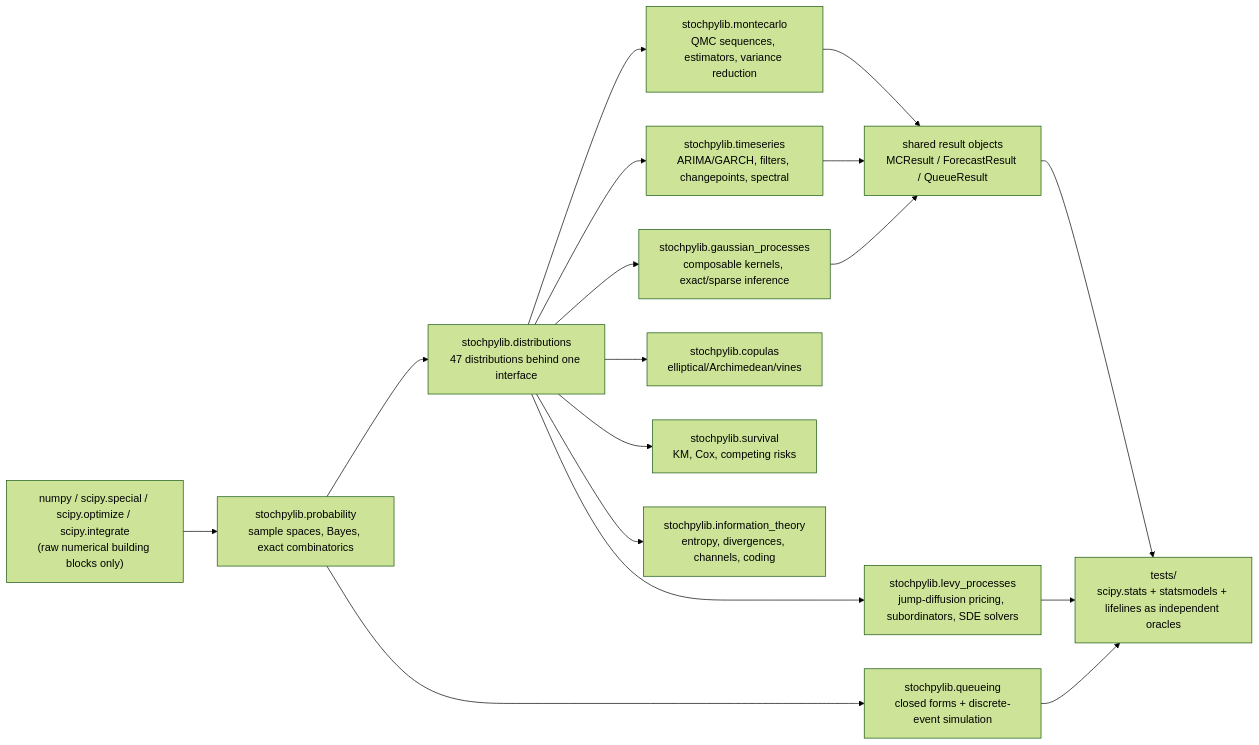
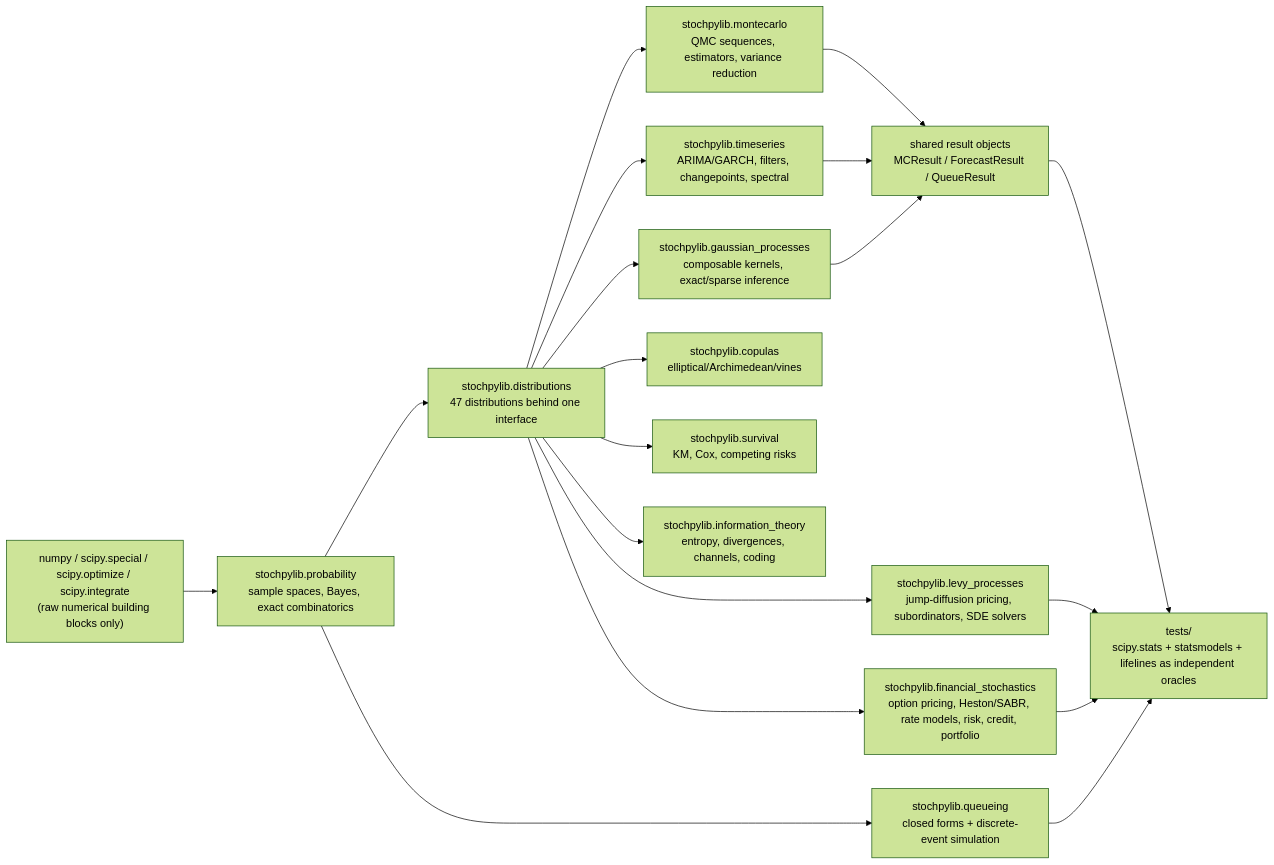
Before and after one commit to leon1706-lol/Stochpylib: the first of 2 diagrams in README.md, drawn with Mermaid (forest theme). The commit also changed other lines of this file and 33 other files, not shown here.

Commit message:
V0.8.0 financial stochastics module

````diff
--- a/README.md
+++ b/README.md
@@ -198,19 +201,21 @@
 ```mermaid
 flowchart LR
     A["numpy / scipy.special / scipy.optimize / scipy.integrate<br/>(raw numerical building blocks only)"] --> B["stochpylib.probability<br/>sample spaces, Bayes, exact combinatorics"]
     B --> C["stochpylib.distributions<br/>47 distributions behind one interface"]
     C --> D["stochpylib.montecarlo<br/>QMC sequences, estimators, variance reduction"]
     C --> E["stochpylib.timeseries<br/>ARIMA/GARCH, filters, changepoints, spectral"]
     C --> F["stochpylib.gaussian_processes<br/>composable kernels, exact/sparse inference"]
     C --> G["stochpylib.copulas<br/>elliptical/Archimedean/vines"]
     C --> H["stochpylib.survival<br/>KM, Cox, competing risks"]
     B --> I["stochpylib.queueing<br/>closed forms + discrete-event simulation"]
     C --> J["stochpylib.information_theory<br/>entropy, divergences, channels, coding"]
     C --> M["stochpylib.levy_processes<br/>jump-diffusion pricing, subordinators, SDE solvers"]
+    C --> N["stochpylib.financial_stochastics<br/>option pricing, Heston/SABR, rate models, risk, credit, portfolio"]
     D --> K["shared result objects<br/>MCResult / ForecastResult / QueueResult"]
     E --> K
     F --> K
     K --> L["tests/<br/>scipy.stats + statsmodels + lifelines as independent oracles"]
     I --> L
     M --> L
+    N --> L
 ```
````
